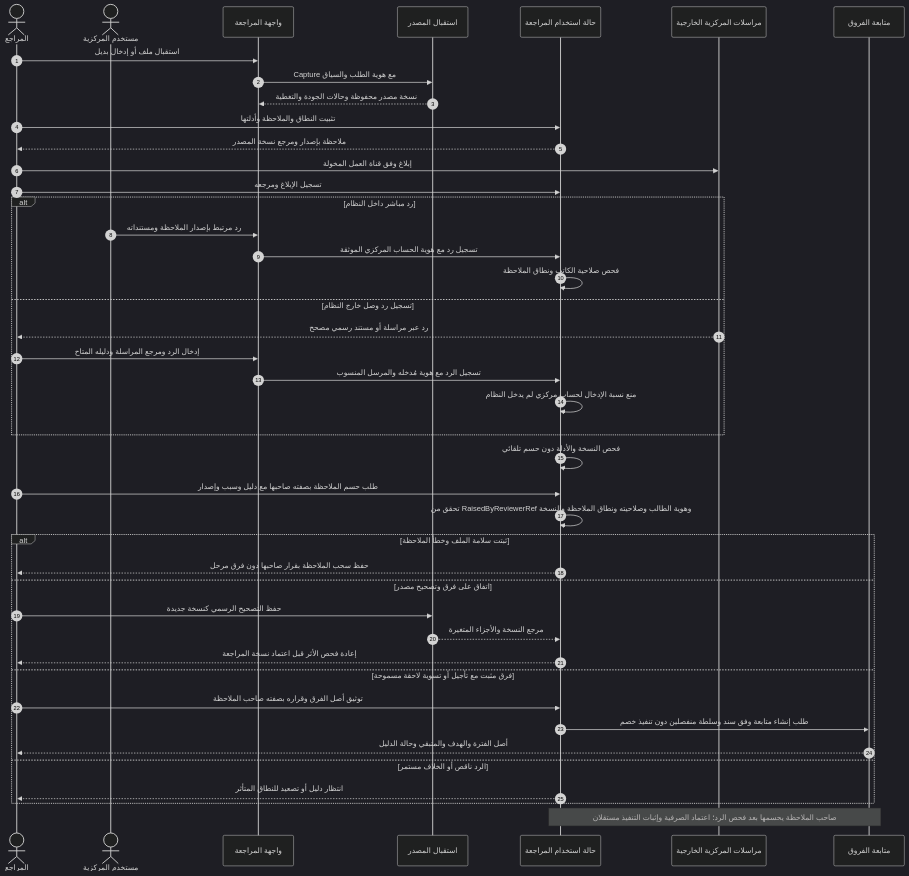
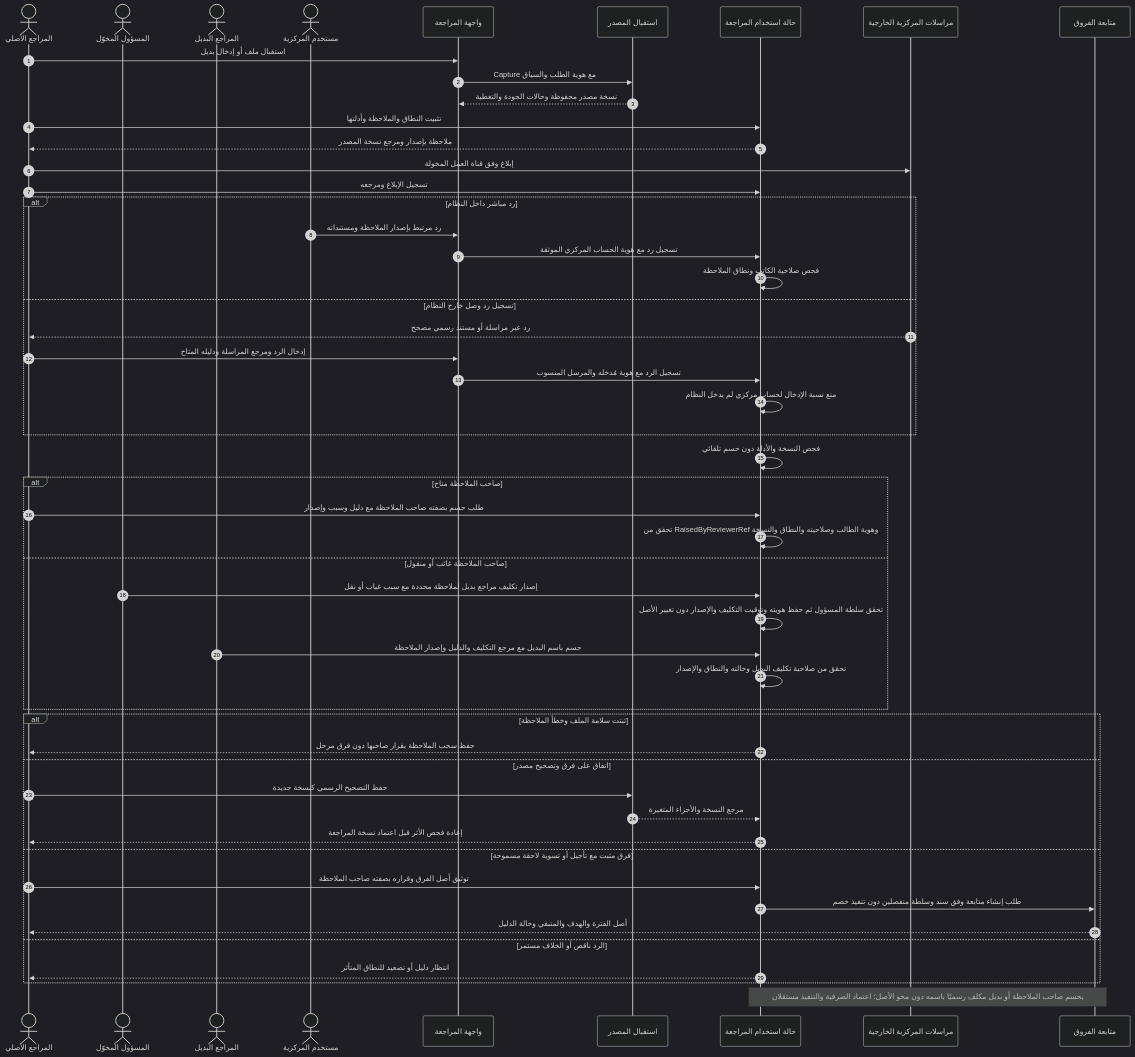
One commit to AlexandriaDeveloper/PayrollReviewSystem changed the second of 5 diagrams in docs/planning/UML-AR.md. Above: the diagram before and after it, drawn with Mermaid (dark theme). The commit also changed other lines of this file, not shown here.

Commit message:
docs: D-032 authorized substitute reviewer on absence or transfer (#39)

````diff
--- a/docs/planning/UML-AR.md
+++ b/docs/planning/UML-AR.md
@@ -139,45 +153,54 @@
 ```mermaid
 sequenceDiagram
   autonumber
-  actor Reviewer as المراجع
+  actor Reviewer as المراجع الأصلي
+  actor Responsible as المسؤول المخوّل
+  actor DelegateReviewer as المراجع البديل
   actor CentralUser as مستخدم المركزية
   participant UI as واجهة المراجعة
   participant Intake as استقبال المصدر
   participant Audit as حالة استخدام المراجعة
   participant Central as مراسلات المركزية الخارجية
   participant Follow as متابعة الفروق
   Reviewer->>UI: استقبال ملف أو إدخال بديل
   UI->>Intake: Capture مع هوية الطلب والسياق
   Intake-->>UI: نسخة مصدر محفوظة وحالات الجودة والتغطية
   Reviewer->>Audit: تثبيت النطاق والملاحظة وأدلتها
   Audit-->>Reviewer: ملاحظة بإصدار ومرجع نسخة المصدر
   Reviewer->>Central: إبلاغ وفق قناة العمل المخولة
   Reviewer->>Audit: تسجيل الإبلاغ ومرجعه
   alt رد مباشر داخل النظام
     CentralUser->>UI: رد مرتبط بإصدار الملاحظة ومستنداته
     UI->>Audit: تسجيل رد مع هوية الحساب المركزي الموثقة
     Audit->>Audit: فحص صلاحية الكاتب ونطاق الملاحظة
   else تسجيل رد وصل خارج النظام
     Central-->>Reviewer: رد عبر مراسلة أو مستند رسمي مصحح
     Reviewer->>UI: إدخال الرد ومرجع المراسلة ودليله المتاح
     UI->>Audit: تسجيل الرد مع هوية مُدخله والمرسل المنسوب
     Audit->>Audit: منع نسبة الإدخال لحساب مركزي لم يدخل النظام
   end
   Audit->>Audit: فحص النسخة والأدلة دون حسم تلقائي
-  Reviewer->>Audit: طلب حسم الملاحظة بصفته صاحبها مع دليل وسبب وإصدار
-  Audit->>Audit: تحقق من RaisedByReviewerRef وهوية الطالب وصلاحيته ونطاق الملاحظة والنسخة
+  alt صاحب الملاحظة متاح
+    Reviewer->>Audit: طلب حسم بصفته صاحب الملاحظة مع دليل وسبب وإصدار
+    Audit->>Audit: تحقق من RaisedByReviewerRef وهوية الطالب وصلاحيته والنطاق والنسخة
+  else صاحب الملاحظة غائب أو منقول
+    Responsible->>Audit: إصدار تكليف مراجع بديل لملاحظة محددة مع سبب غياب أو نقل
+    Audit->>Audit: تحقق سلطة المسؤول ثم حفظ هويته وتوقيت التكليف والإصدار دون تغيير الأصل
+    DelegateReviewer->>Audit: حسم باسم البديل مع مرجع التكليف والدليل وإصدار الملاحظة
+    Audit->>Audit: تحقق من صلاحية تكليف البديل وحالته والنطاق والإصدار
+  end
   alt ثبتت سلامة الملف وخطأ الملاحظة
     Audit-->>Reviewer: حفظ سحب الملاحظة بقرار صاحبها دون فرق مرحل
   else اتفاق على فرق وتصحيح مصدر
     Reviewer->>Intake: حفظ التصحيح الرسمي كنسخة جديدة
     Intake-->>Audit: مرجع النسخة والأجزاء المتغيرة
     Audit-->>Reviewer: إعادة فحص الأثر قبل اعتماد نسخة المراجعة
   else فرق مثبت مع تأجيل أو تسوية لاحقة مسموحة
     Reviewer->>Audit: توثيق أصل الفرق وقراره بصفته صاحب الملاحظة
     Audit->>Follow: طلب إنشاء متابعة وفق سند وسلطة منفصلين دون تنفيذ خصم
     Follow-->>Reviewer: أصل الفترة والهدف والمتبقي وحالة الدليل
   else الرد ناقص أو الخلاف مستمر
     Audit-->>Reviewer: انتظار دليل أو تصعيد للنطاق المتأثر
   end
-  Note over Audit,Follow: صاحب الملاحظة يحسمها بعد فحص الرد؛ اعتماد الصرفية وإثبات التنفيذ مستقلان
+  Note over Audit,Follow: يحسم صاحب الملاحظة أو بديل مكلف رسميًا باسمه دون محو الأصل؛ اعتماد الصرفية والتنفيذ مستقلان
 ```
````
